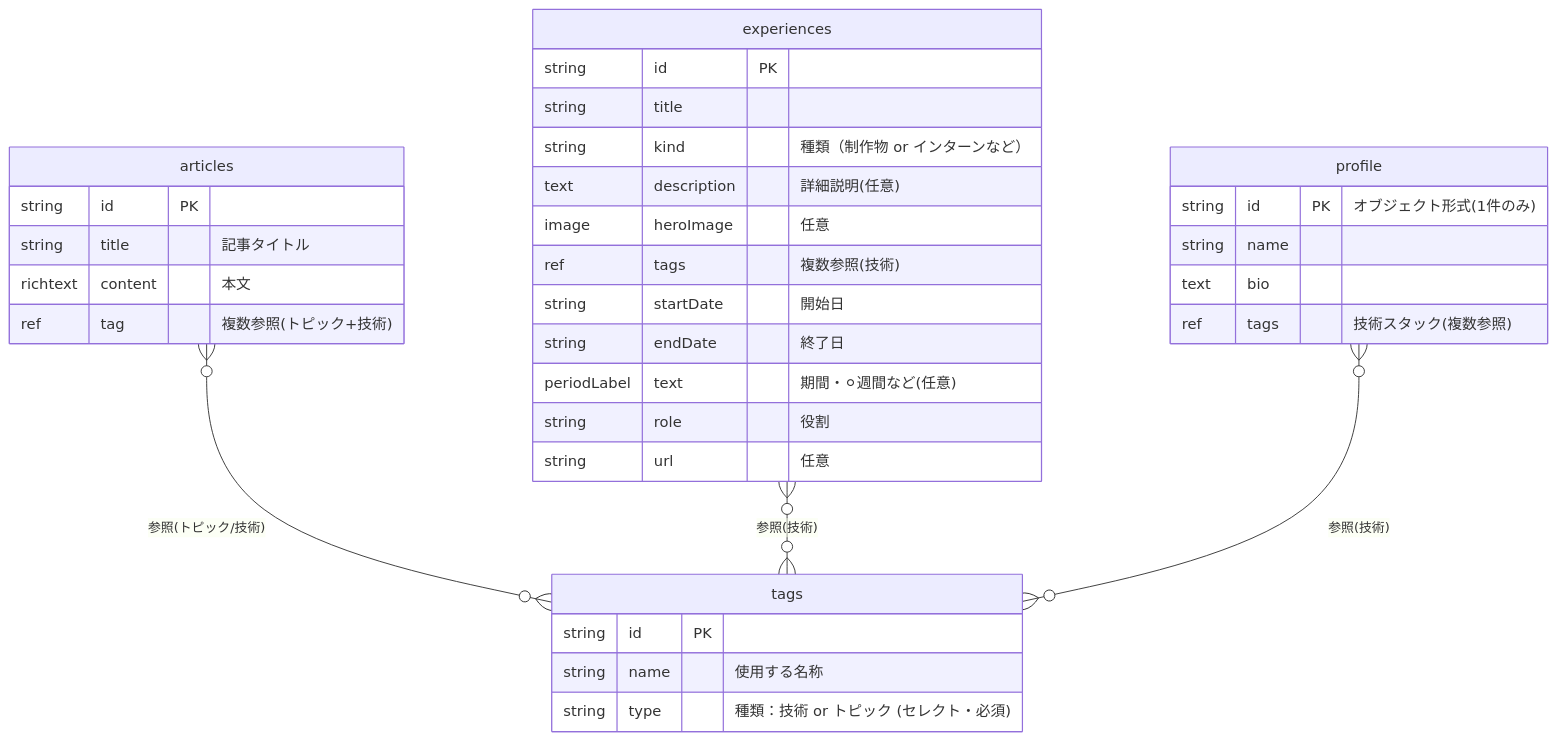
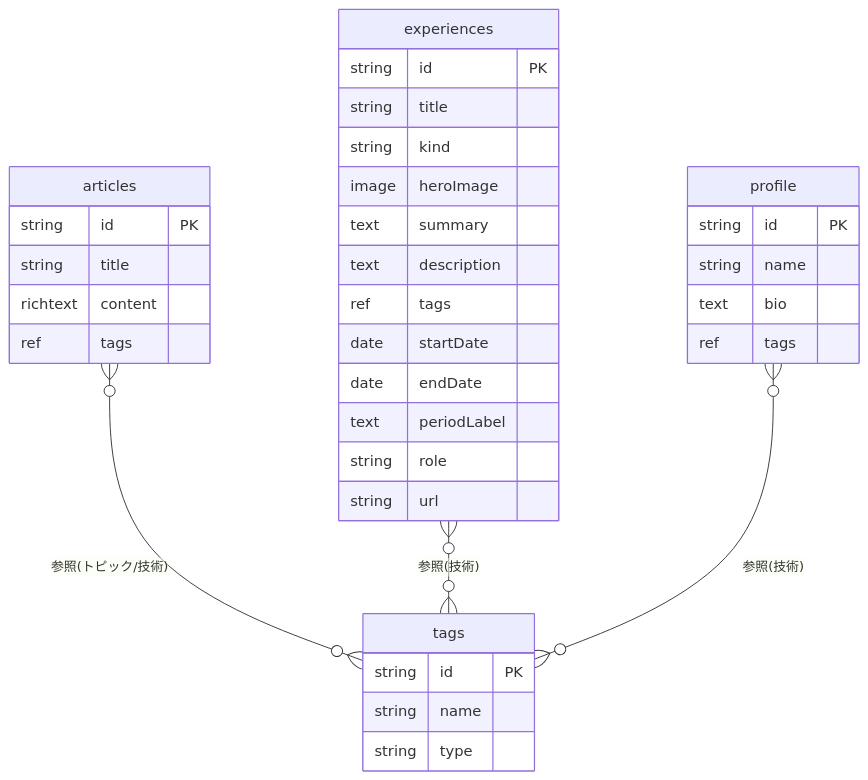
Before and after one commit to monarizzz/blog_microCMS_pages: the diagram in docs/db-design.md, drawn with Mermaid. The commit also changed other lines of this file, not shown here.

````diff
--- a/docs/db-design.md
+++ b/docs/db-design.md
@@ -37,40 +54,41 @@
 ```mermaid
 erDiagram
     articles     }o--o{ tags : "参照(トピック/技術)"
     experiences  }o--o{ tags : "参照(技術)"
     profile      }o--o{ tags : "参照(技術)"
 
     articles {
-        string   id PK 
-        string   title "記事タイトル"
-        richtext content "本文"
-        ref      tag "複数参照(トピック+技術)"
+        string   id PK
+        string   title
+        richtext content
+        ref      tags
     }
 
     tags {
         string id PK
-        string name "使用する名称"
-        string type "種類：技術 or トピック (セレクト・必須)"
+        string name
+        string type
     }
 
     experiences {
         string   id PK
-        string   title 
-        string   kind "種類（制作物 or インターンなど）"
-        text     description "詳細説明(任意)"
-        image    heroImage "任意"
-        ref      tags "複数参照(技術)"
-        string   startDate "開始日"
-        string   endDate "終了日"
-        periodLabel text "期間・⚪︎週間など(任意)"
-        string   role "役割"
-        string   url "任意"
+        string   title
+        string   kind
+        image    heroImage
+        text     summary
+        text     description
+        ref      tags
+        date     startDate
+        date     endDate
+        text     periodLabel
+        string   role
+        string   url
     }
 
     profile {
-        string id PK "オブジェクト形式(1件のみ)"
+        string id PK
         string name
-        text   bio 
-        ref    tags "技術スタック(複数参照)"
+        text   bio
+        ref    tags
     }
 ```
````
